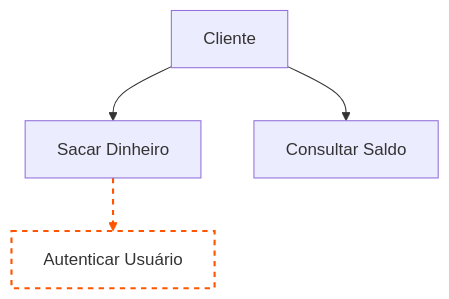
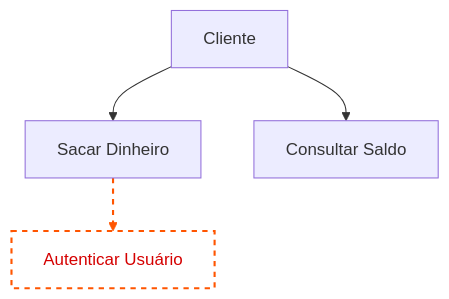
One commit to feJustino/Caderno-Estudos changed the ninth of 11 diagrams in Arquitetura-de-computadores/engenharia-de-software.md. Above: the diagram before and after it, drawn with Mermaid.

Commit message:
Refactor use case diagram in engenharia-de-software.md to enhance clarity and visual representation

````diff
--- a/Arquitetura-de-computadores/engenharia-de-software.md
+++ b/Arquitetura-de-computadores/engenharia-de-software.md
@@ -250,9 +250,13 @@
 ```mermaid
-graph TD
-    A[Cliente] --> B[Sacar Dinheiro]
-    A --> C[Consultar Saldo]
-    B -.-> D[Autenticar Usuário]
-    linkStyle 2 stroke:#ff5500,stroke-width:2px,stroke-dasharray:5
-    classDef relation fill:#fff,stroke:#ff5500,stroke-width:2px,stroke-dasharray:5;
-    class D relation
+flowchart TD
+    A["Cliente"] --> B["Sacar Dinheiro"] & C["Consultar Saldo"]
+    B -.-> D["Autenticar Usuário"]
+
+     D:::relation
+    classDef relation fill:#fff,stroke:#ff5500,stroke-width:2px,stroke-dasharray:5
+    style D color:#D50000
+    linkStyle 2 stroke:#ff5500,stroke-width:2px,stroke-dasharray:5,fill:none
+
+
+
 ```
````
